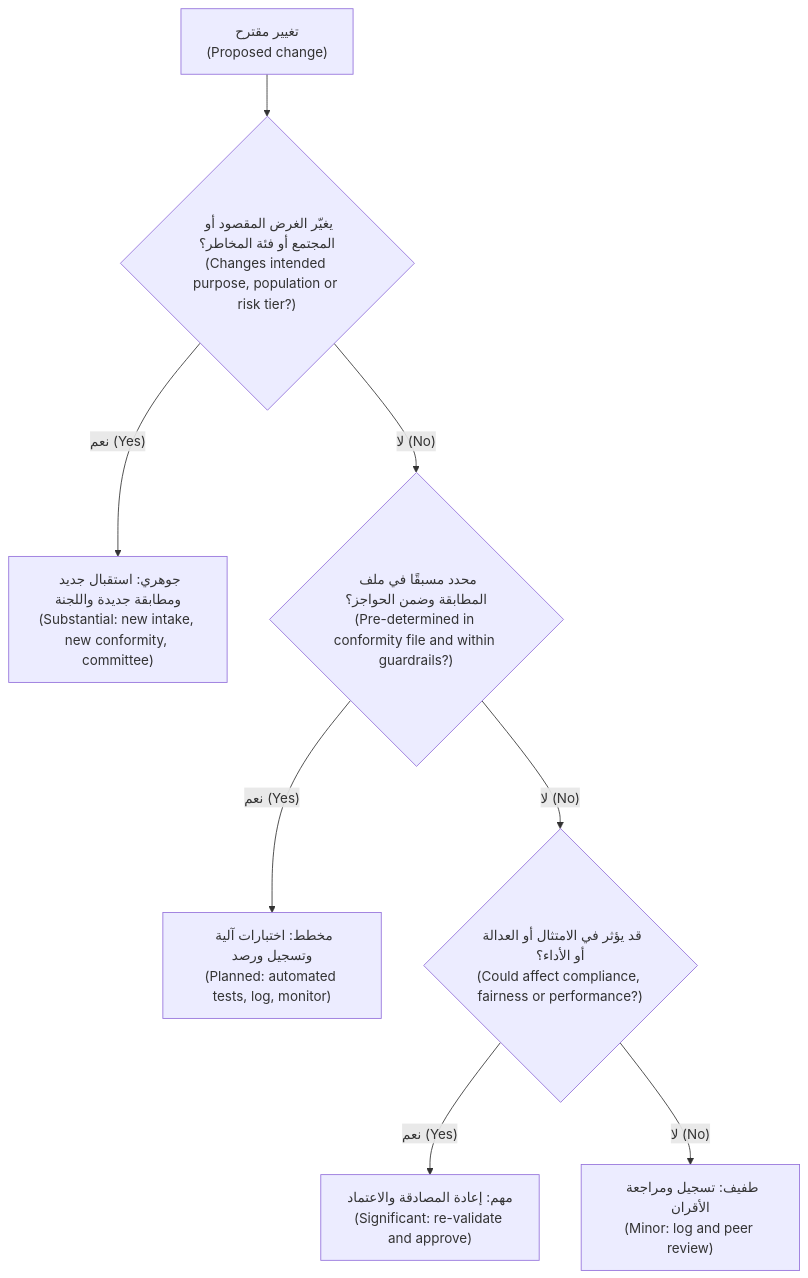
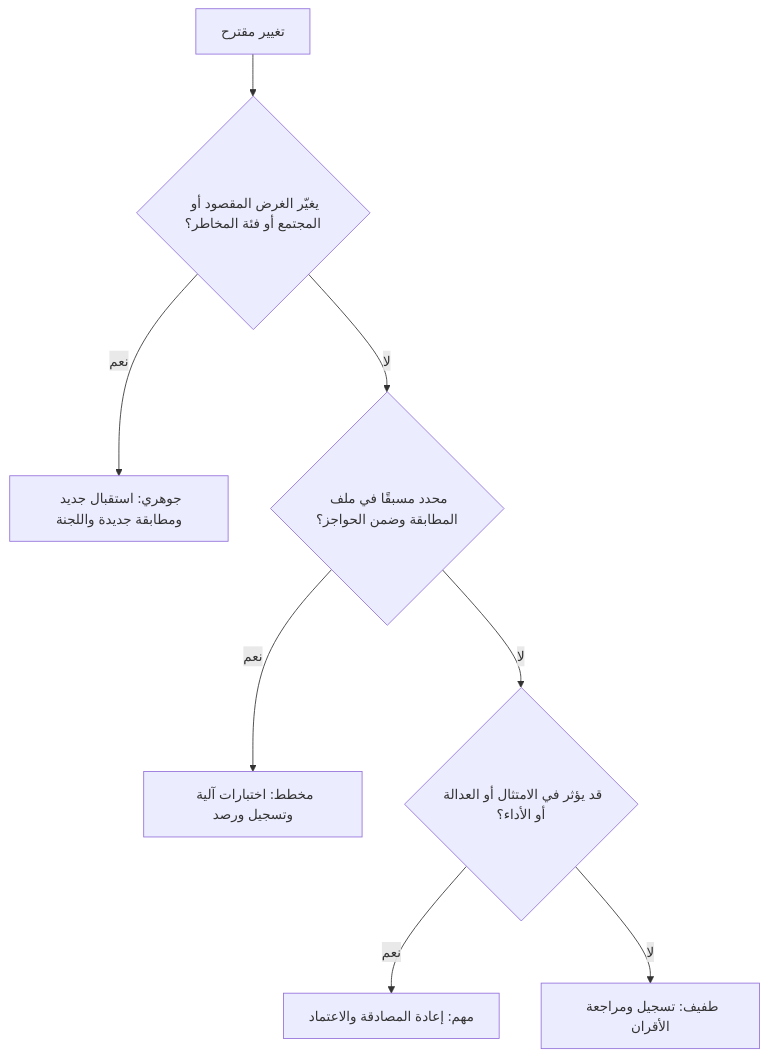
Before and after one commit to Tamoura/system-design-for-vibe-coders: the third of 3 diagrams in aigp/modules/10-release-monitor.ar.md, drawn with Mermaid. The commit also changed other lines of this file and 551 other files, not shown here.

````diff
--- a/aigp/modules/10-release-monitor.ar.md
+++ b/aigp/modules/10-release-monitor.ar.md
@@ -552,10 +552,10 @@
 ```mermaid
 flowchart TD
-  A["تغيير مقترح<br/>(Proposed change)"] --> B{"يغيّر الغرض المقصود أو المجتمع أو فئة المخاطر؟<br/>(Changes intended purpose, population or risk tier?)"}
-  B -- "نعم (Yes)" --> S["جوهري: استقبال جديد ومطابقة جديدة واللجنة<br/>(Substantial: new intake, new conformity, committee)"]
-  B -- "لا (No)" --> C{"محدد مسبقًا في ملف المطابقة وضمن الحواجز؟<br/>(Pre-determined in conformity file and within guardrails?)"}
-  C -- "نعم (Yes)" --> M["مخطط: اختبارات آلية وتسجيل ورصد<br/>(Planned: automated tests, log, monitor)"]
-  C -- "لا (No)" --> D{"قد يؤثر في الامتثال أو العدالة أو الأداء؟<br/>(Could affect compliance, fairness or performance?)"}
-  D -- "نعم (Yes)" --> G["مهم: إعادة المصادقة والاعتماد<br/>(Significant: re-validate and approve)"]
-  D -- "لا (No)" --> N["طفيف: تسجيل ومراجعة الأقران<br/>(Minor: log and peer review)"]
+  A["تغيير مقترح"] --> B{"يغيّر الغرض المقصود أو المجتمع أو فئة المخاطر؟"}
+  B -- "نعم" --> S["جوهري: استقبال جديد ومطابقة جديدة واللجنة"]
+  B -- "لا" --> C{"محدد مسبقًا في ملف المطابقة وضمن الحواجز؟"}
+  C -- "نعم" --> M["مخطط: اختبارات آلية وتسجيل ورصد"]
+  C -- "لا" --> D{"قد يؤثر في الامتثال أو العدالة أو الأداء؟"}
+  D -- "نعم" --> G["مهم: إعادة المصادقة والاعتماد"]
+  D -- "لا" --> N["طفيف: تسجيل ومراجعة الأقران"]
 ```
````
